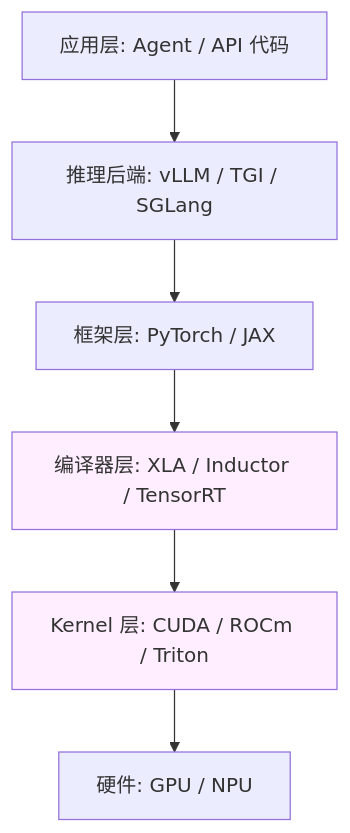
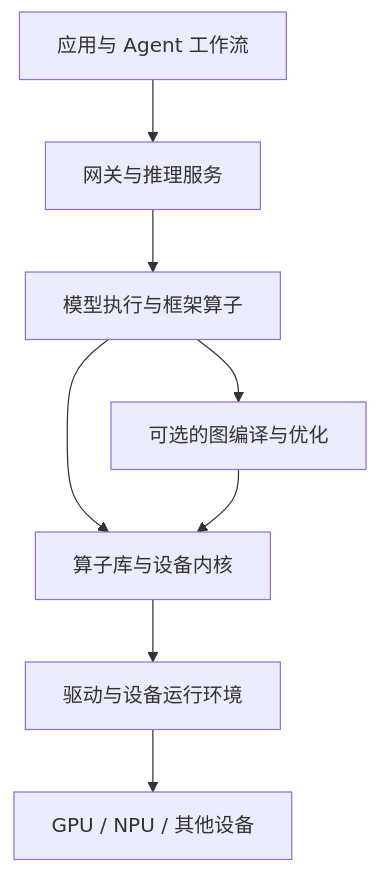
Before and after one commit to oh-my-vibe-coding/ai-reliability-architecture: the diagram in 知识/09-工程底座.md, drawn with Mermaid. The commit also changed other lines of this file and 67 other files, not shown here.

````diff
--- a/知识/09-工程底座.md
+++ b/知识/09-工程底座.md
@@ -39,18 +31,10 @@
 ```mermaid
 flowchart TB
-    App[应用层: Agent / API 代码]
-    Srv[推理后端: vLLM / TGI / SGLang]
-    FW[框架层: PyTorch / JAX]
-    Comp[编译器层: XLA / Inductor / TensorRT]
-    Kern[Kernel 层: CUDA / ROCm / Triton]
-    HW[硬件: GPU / NPU]
-
-    App --> Srv
-    Srv --> FW
-    FW --> Comp
-    Comp --> Kern
-    Kern --> HW
-
-    style Comp fill:#fef
-    style Kern fill:#fef
+    A[应用与 Agent 工作流] --> S[网关与推理服务]
+    S --> F[模型执行与框架算子]
+    F --> C[可选的图编译与优化]
+    F --> K[算子库与设备内核]
+    C --> K
+    K --> R[驱动与设备运行环境]
+    R --> H[GPU / NPU / 其他设备]
 ```
````
